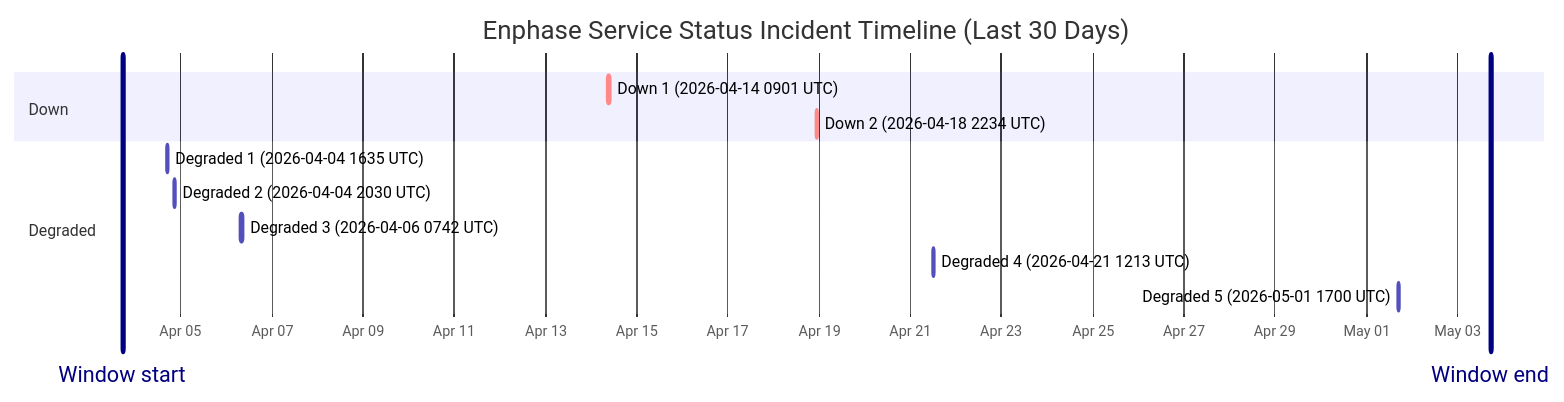
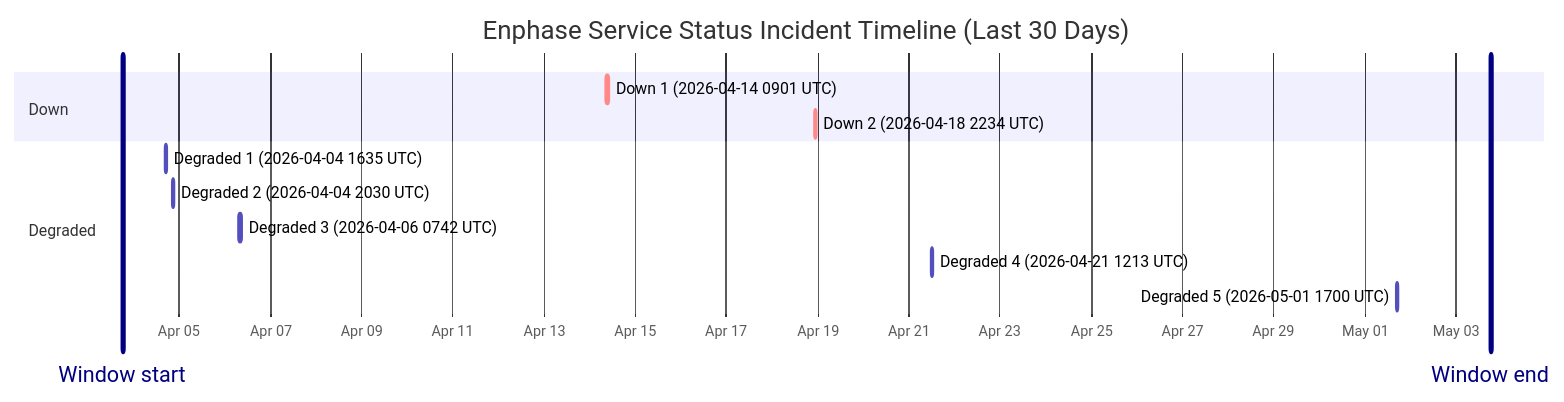
One commit to barneyonline/ha-enphase-ev-charger changed the diagram in wiki/Service-Status-History.md. Above: the diagram before and after it, drawn with Mermaid. The commit also changed other lines of this file and 3 other files, not shown here.

````diff
--- a/wiki/Service-Status-History.md
+++ b/wiki/Service-Status-History.md
@@ -14,17 +14,17 @@
 ```mermaid
 gantt
     title Enphase Service Status Incident Timeline (Last 30 Days)
     dateFormat  YYYY-MM-DDTHH:mm:ss
     axisFormat  %b %d
-    Window start :vert, window-start, 2026-04-03T17:23:29, 0ms
-    Window end :vert, window-end, 2026-05-03T17:23:29, 0ms
+    Window start :vert, window-start, 2026-04-03T18:09:55, 0ms
+    Window end :vert, window-end, 2026-05-03T18:09:55, 0ms
     section Down
     Down 1 (2026-04-14 0901 UTC) :crit, down-1, 2026-04-14T09:01:13, 60m
     Down 2 (2026-04-18 2234 UTC) :crit, down-2, 2026-04-18T22:34:13, 60m
     section Degraded
     Degraded 1 (2026-04-04 1635 UTC) :active, degraded-1, 2026-04-04T16:35:17, 60m
     Degraded 2 (2026-04-04 2030 UTC) :active, degraded-2, 2026-04-04T20:30:40, 60m
     Degraded 3 (2026-04-06 0742 UTC) :active, degraded-3, 2026-04-06T07:42:09, 85m
     Degraded 4 (2026-04-21 1213 UTC) :active, degraded-4, 2026-04-21T12:13:11, 60m
     Degraded 5 (2026-05-01 1700 UTC) :active, degraded-5, 2026-05-01T17:00:22, 60m
 ```
````
